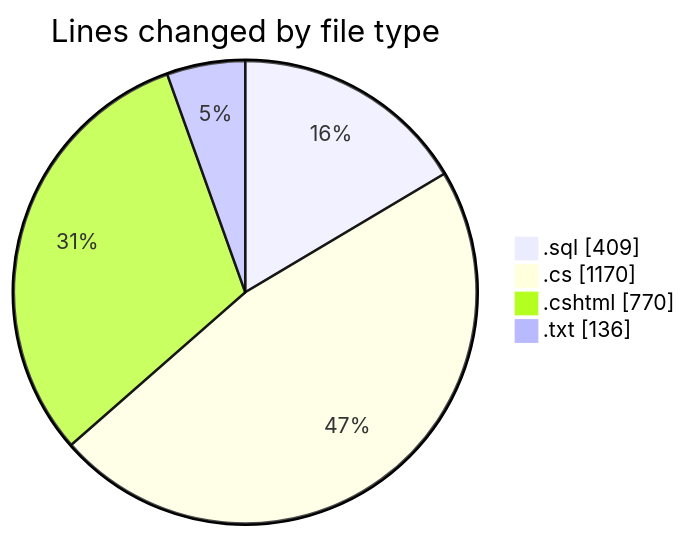
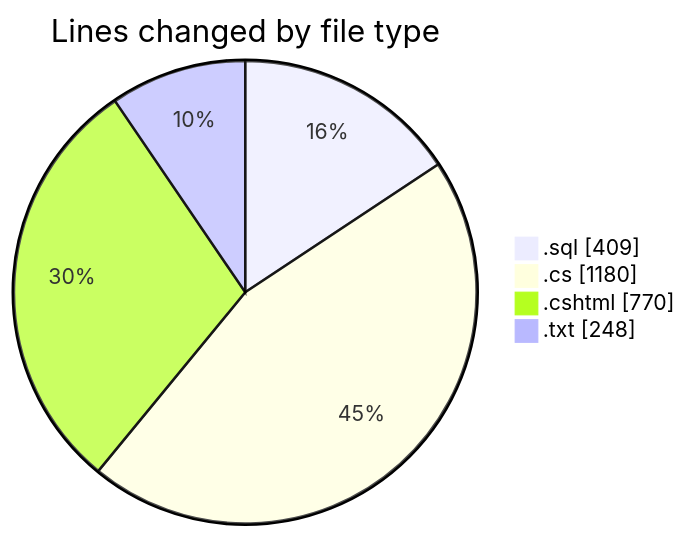
The first of 2 diagrams in 2025-07-23/quanlyrapchieuphim/README.md (lephambinh05/code-tracking), drawn with Mermaid before and after one commit. The commit also changed other lines of this file and 1 other file, not shown here.

````diff
--- a/2025-07-23/quanlyrapchieuphim/README.md
+++ b/2025-07-23/quanlyrapchieuphim/README.md
@@ -27,8 +27,8 @@
 ```mermaid
 pie showData
 title Lines changed by file type
 ".sql" : 409
-".cs" : 1170
+".cs" : 1180
 ".cshtml" : 770
-".txt" : 136
+".txt" : 248
 ```
````
